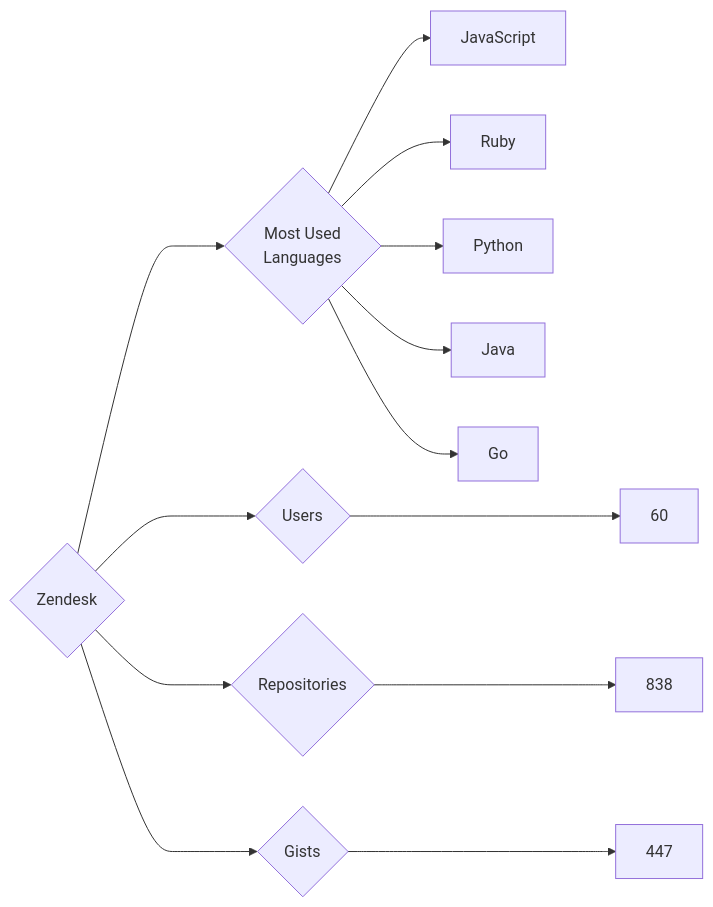
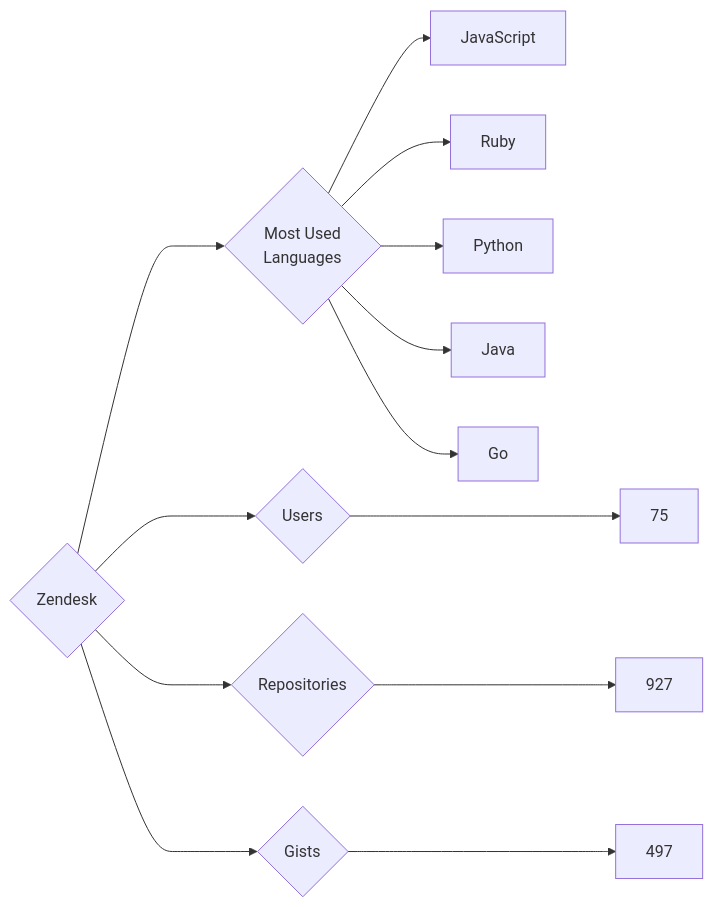
Before and after one commit to trickest/insiders: the diagram in targets/Zendesk/README.md, drawn with Mermaid. The commit also changed 851 other files, not shown here.

````diff
--- a/targets/Zendesk/README.md
+++ b/targets/Zendesk/README.md
@@ -3,13 +3,13 @@
 ```mermaid
 graph LR
 COMPANY_NAME{Zendesk}
-COMPANY_NAME ---> U{Users} ---> UN[60]
-COMPANY_NAME ---> R{Repositories} ---> RN[838]
-COMPANY_NAME ---> G{Gists} ---> GN[447]
+COMPANY_NAME ---> U{Users} ---> UN[75]
+COMPANY_NAME ---> R{Repositories} ---> RN[927]
+COMPANY_NAME ---> G{Gists} ---> GN[497]
 COMPANY_NAME ---> ML{Most Used<br>Languages}
 ML --> JavaScript[JavaScript]
 ML --> Ruby[Ruby]
 ML --> Python[Python]
 ML --> Java[Java]
 ML --> Go[Go]
 ```
````
